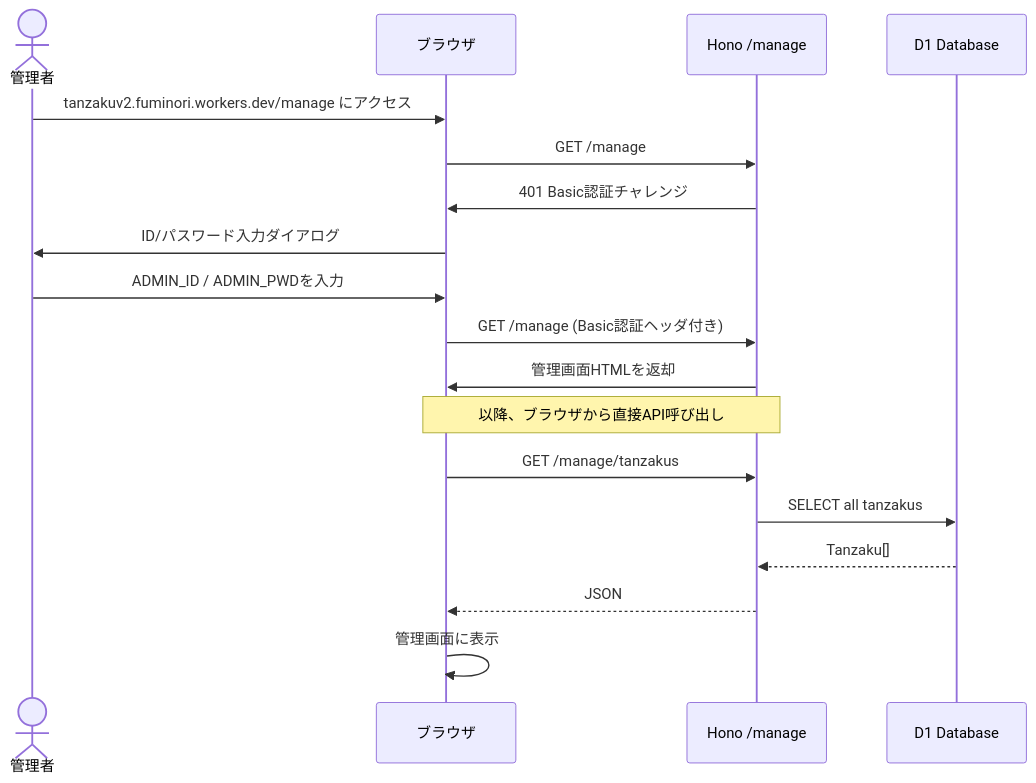
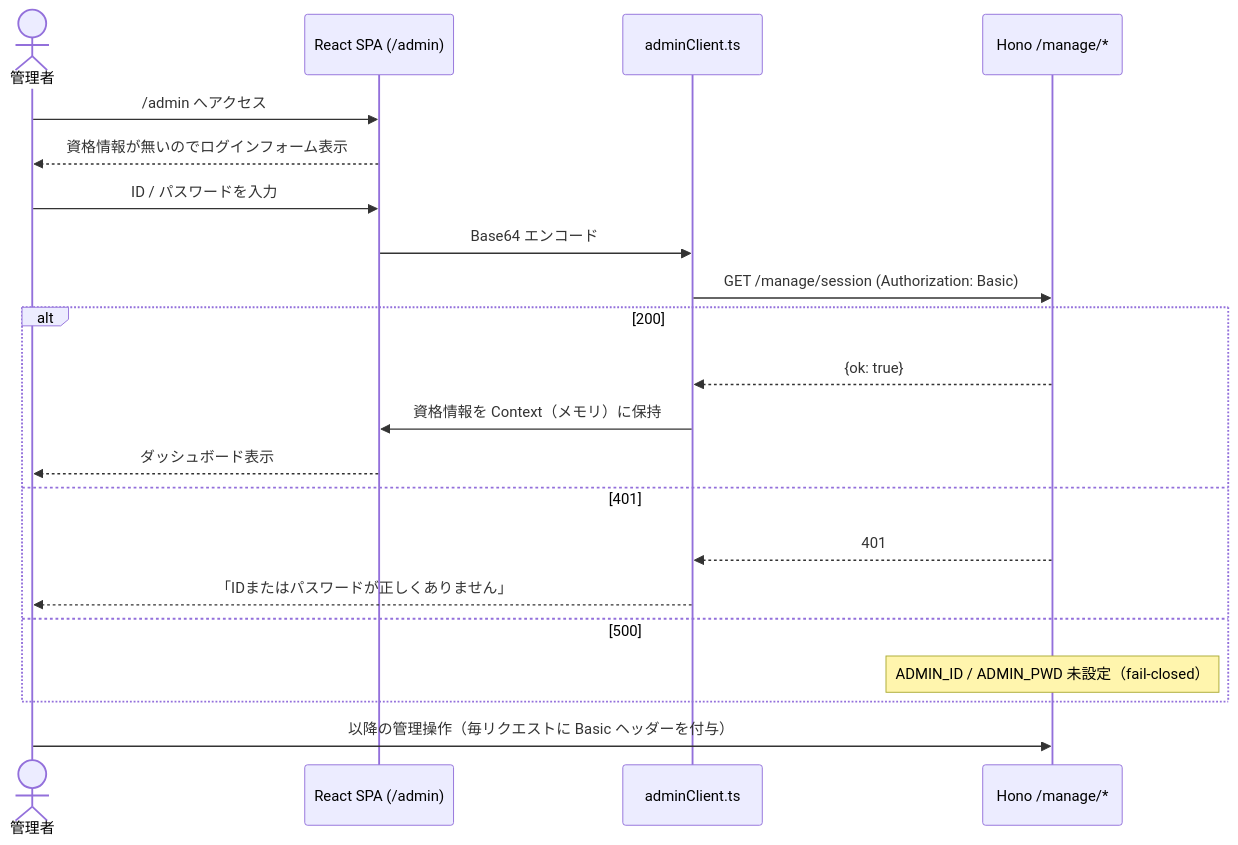
One commit to itl-marubu/tanzakuv2 changed the eighth of 9 diagrams in docs/system-overview.md. Above: the diagram before and after it, drawn with Mermaid. The commit also changed other lines of this file and 2 other files, not shown here.

````diff
--- a/docs/system-overview.md
+++ b/docs/system-overview.md
@@ -380,21 +427,25 @@
 ```mermaid
 sequenceDiagram
     actor Admin as 管理者
-    participant Browser as ブラウザ
-    participant Hono as Hono /manage
-    participant DB as D1 Database
+    participant AD as React SPA (/admin)
+    participant MC as adminClient.ts
+    participant BE as Hono /manage/*
 
-    Admin->>Browser: tanzakuv2.fuminori.workers.dev/manage にアクセス
-    Browser->>Hono: GET /manage
-    Hono->>Browser: 401 Basic認証チャレンジ
-    Browser->>Admin: ID/パスワード入力ダイアログ
-    Admin->>Browser: ADMIN_ID / ADMIN_PWDを入力
-    Browser->>Hono: GET /manage (Basic認証ヘッダ付き)
-    Hono->>Browser: 管理画面HTMLを返却
-    Note over Browser,Hono: 以降、ブラウザから直接API呼び出し
-    Browser->>Hono: GET /manage/tanzakus
-    Hono->>DB: SELECT all tanzakus
-    DB-->>Hono: Tanzaku[]
-    Hono-->>Browser: JSON
-    Browser->>Browser: 管理画面に表示
+    Admin->>AD: /admin へアクセス
+    AD-->>Admin: 資格情報が無いのでログインフォーム表示
+    Admin->>AD: ID / パスワードを入力
+    AD->>MC: Base64 エンコード
+    MC->>BE: GET /manage/session (Authorization: Basic)
+    alt 200
+        BE-->>MC: {ok: true}
+        MC->>AD: 資格情報を Context（メモリ）に保持
+        AD-->>Admin: ダッシュボード表示
+    else 401
+        BE-->>MC: 401
+        MC-->>Admin: 「IDまたはパスワードが正しくありません」
+    else 500
+        Note over BE: ADMIN_ID / ADMIN_PWD 未設定（fail-closed）
+    end
+
+    Admin->>BE: 以降の管理操作（毎リクエストに Basic ヘッダーを付与）
 ```
````
